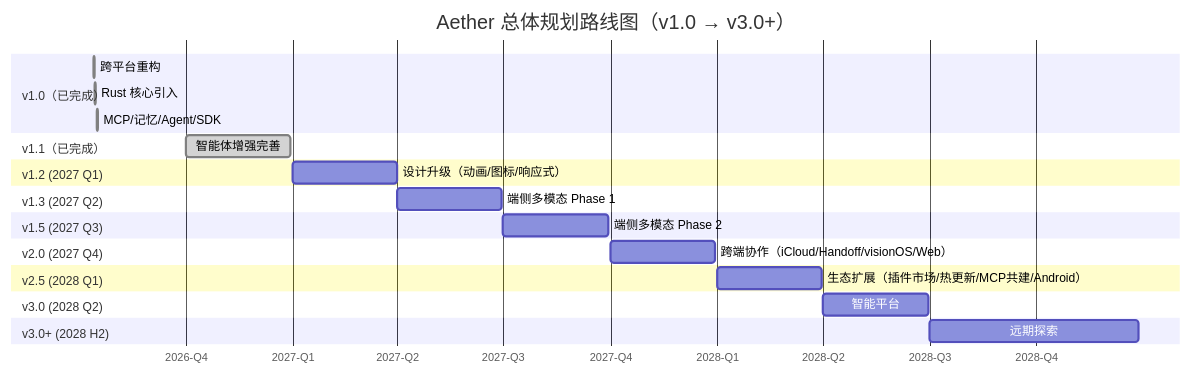
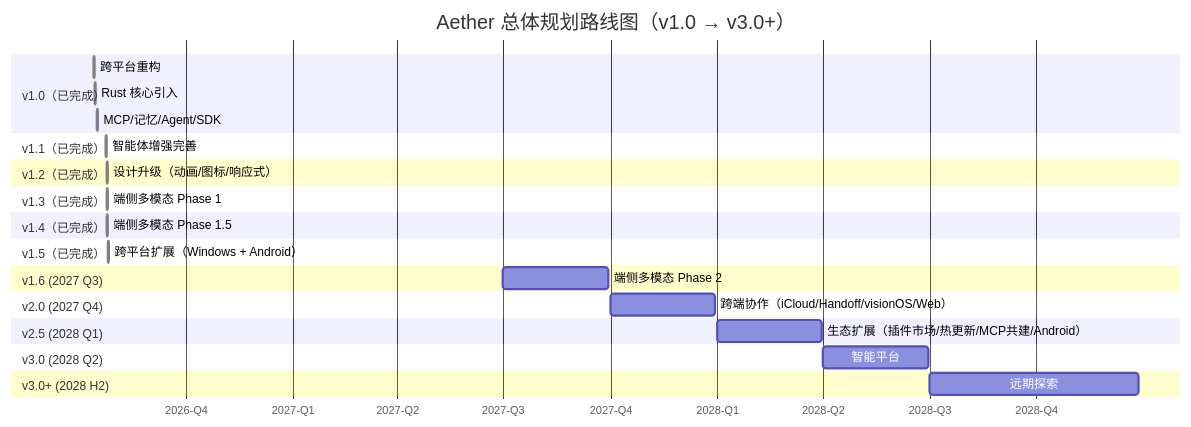
Before and after one commit to luosicx/Aether: the first of 22 diagrams in doc/MASTER_PLAN.md, drawn with Mermaid. The commit also changed other lines of this file and 84 other files, not shown here.

First line of the commit message:
feat(v1.5): Windows + Android 端功能补齐（会话列表/设置页/Markdown/i18n/RAG/Health/Room/Rust Redact） (#40)

````diff
--- a/doc/MASTER_PLAN.md
+++ b/doc/MASTER_PLAN.md
@@ -110,35 +112,41 @@
 ```mermaid
 gantt
     title Aether 总体规划路线图（v1.0 → v3.0+）
     dateFormat YYYY-MM-DD
     axisFormat %Y-Q%q
 
     section v1.0（已完成）
     跨平台重构              :done, v10a, 2026-07-14, 1d
     Rust 核心引入           :done, v10b, 2026-07-15, 1d
     MCP/记忆/Agent/SDK      :done, v10c, 2026-07-17, 1d
 
     section v1.1（已完成）
-    智能体增强完善           :done, v11, 2026-10-01, 90d
+    智能体增强完善           :done, v11, 2026-07-24, 1d
 
-    section v1.2 (2027 Q1)
-    设计升级（动画/图标/响应式） :v12, 2027-01-01, 90d
+    section v1.2（已完成）
+    设计升级（动画/图标/响应式） :done, v12, 2026-07-25, 1d
 
-    section v1.3 (2027 Q2)
-    端侧多模态 Phase 1       :v13, 2027-04-01, 90d
+    section v1.3（已完成）
+    端侧多模态 Phase 1       :done, v13, 2026-07-25, 1d
 
-    section v1.5 (2027 Q3)
-    端侧多模态 Phase 2       :v15, 2027-07-01, 90d
+    section v1.4（已完成）
+    端侧多模态 Phase 1.5     :done, v14, 2026-07-25, 1d
+
+    section v1.5（已完成）
+    跨平台扩展（Windows + Android） :done, v15a, 2026-07-26, 1d
+
+    section v1.6 (2027 Q3)
+    端侧多模态 Phase 2       :v16, 2027-07-01, 90d
 
     section v2.0 (2027 Q4)
     跨端协作（iCloud/Handoff/visionOS/Web） :v20, 2027-10-01, 90d
 
     section v2.5 (2028 Q1)
     生态扩展（插件市场/热更新/MCP共建/Android） :v25, 2028-01-01, 90d
 
     section v3.0 (2028 Q2)
     智能平台                :v30, 2028-04-01, 90d
 
     section v3.0+ (2028 H2)
     远期探索                :v3p, 2028-07-01, 180d
 ```
````
